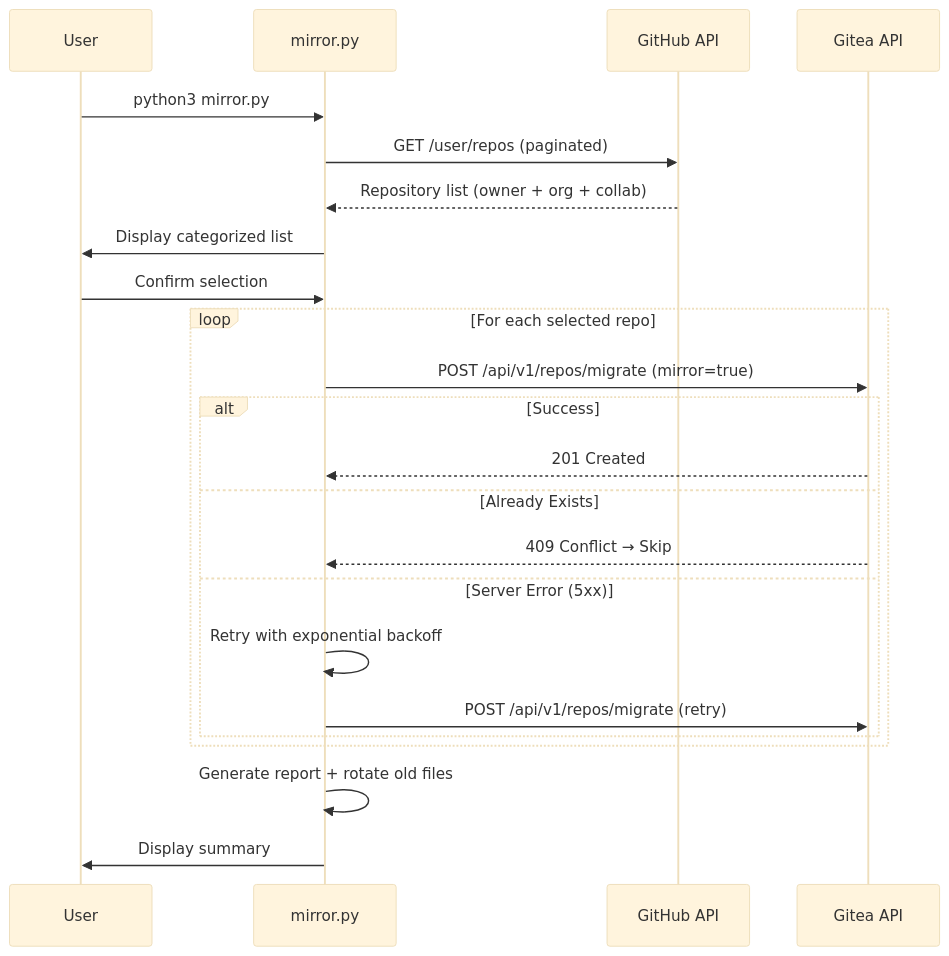
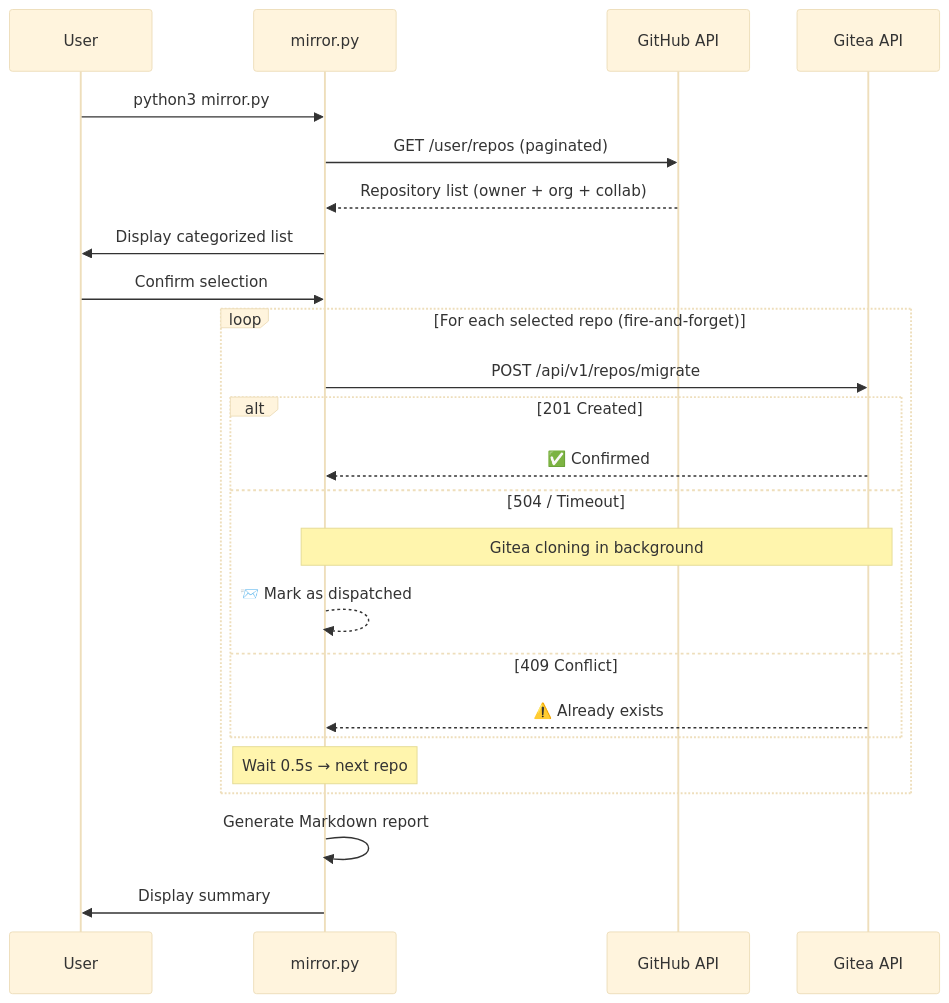
The diagram in README.md (yuanweize/gitea-github-mirror), drawn with Mermaid (base theme) before and after one commit. The commit also changed other lines of this file and 2 other files, not shown here.

First line of the commit message:
feat(v1.1.0): fire-and-forget dispatch, complete CN docs, Docker -d support

````diff
--- a/README.md
+++ b/README.md
@@ -199,28 +248,29 @@
 ```mermaid
 sequenceDiagram
     participant User
     participant Script as mirror.py
     participant GitHub as GitHub API
     participant Gitea as Gitea API
 
     User->>Script: python3 mirror.py
     Script->>GitHub: GET /user/repos (paginated)
     GitHub-->>Script: Repository list (owner + org + collab)
     Script->>User: Display categorized list
     User->>Script: Confirm selection
 
-    loop For each selected repo
-        Script->>Gitea: POST /api/v1/repos/migrate (mirror=true)
-        alt Success
-            Gitea-->>Script: 201 Created
-        else Already Exists
-            Gitea-->>Script: 409 Conflict → Skip
-        else Server Error (5xx)
-            Script->>Script: Retry with exponential backoff
-            Script->>Gitea: POST /api/v1/repos/migrate (retry)
+    loop For each selected repo (fire-and-forget)
+        Script->>Gitea: POST /api/v1/repos/migrate
+        alt 201 Created
+            Gitea-->>Script: ✅ Confirmed
+        else 504 / Timeout
+            Note over Script,Gitea: Gitea cloning in background
+            Script-->>Script: 📨 Mark as dispatched
+        else 409 Conflict
+            Gitea-->>Script: ⚠️ Already exists
         end
+        Note over Script: Wait 0.5s → next repo
     end
 
-    Script->>Script: Generate report + rotate old files
+    Script->>Script: Generate Markdown report
     Script->>User: Display summary
 ```
````
